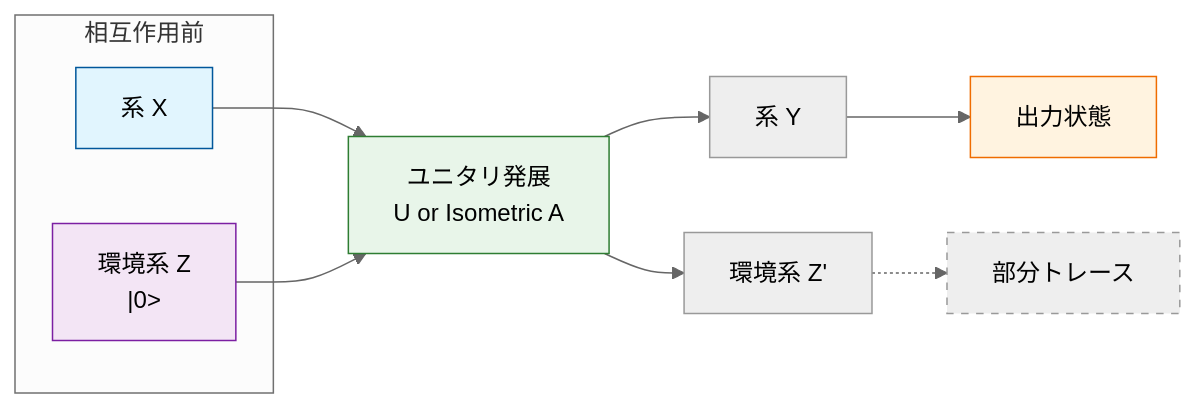
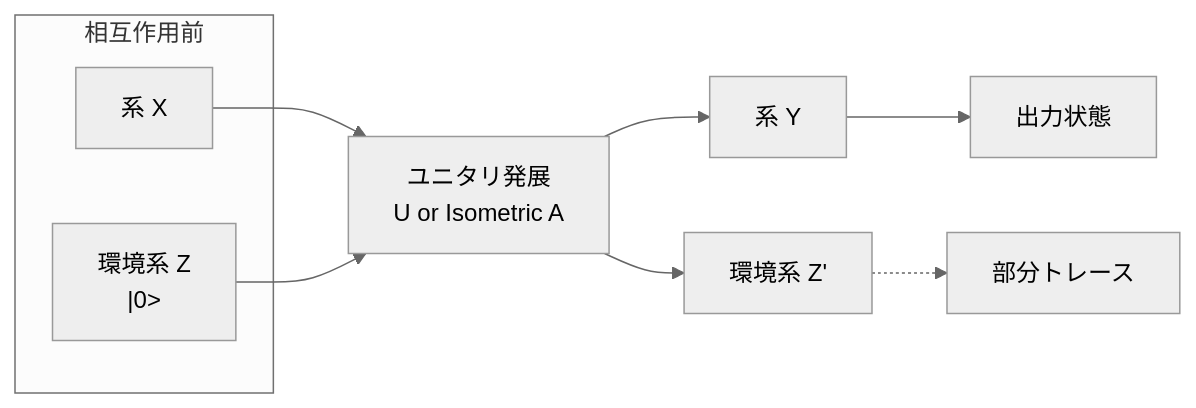
Before and after one commit to yama662607/Quantum-information: the third of 3 diagrams in quarto/textbook/chapter2/_2.2-quantum-channels.qmd, drawn with Mermaid (neutral theme). The commit also changed other lines of this file, not shown here.

Commit message:
docs(2.2): mermaidスタイル削除（just check対応）

````diff
--- a/quarto/textbook/chapter2/_2.2-quantum-channels.qmd
+++ b/quarto/textbook/chapter2/_2.2-quantum-channels.qmd
@@ -266,24 +261,19 @@
 ```{mermaid}
 %%| label: fig-stinespring
 %%| fig-cap: "Stinespring表現: 開いた系のダイナミクスは、「環境系 $Z$ との相互作用（ユニタリ発展）」と「環境系の破棄（部分トレース）」として理解できます。"
 graph LR
     subgraph BeforeInteraction [相互作用前]
         X["系 X"]
         Z["環境系 Z<br>|0>"]
     end
 
     X --> U["ユニタリ発展<br>U or Isometric A"]
     Z --> U
 
     U --> X_prime[系 Y]
     U --> Z_prime[環境系 Z']
 
     Z_prime -.-> Trace[部分トレース]
     X_prime --> Output[出力状態]
 
-    style X fill:#e1f5fe,stroke:#01579b
-    style Z fill:#f3e5f5,stroke:#7b1fa2
-    style U fill:#e8f5e9,stroke:#2e7d32
-    style Output fill:#fff3e0,stroke:#ef6c00
-    style Trace stroke-dasharray: 5 5
 ```
````
